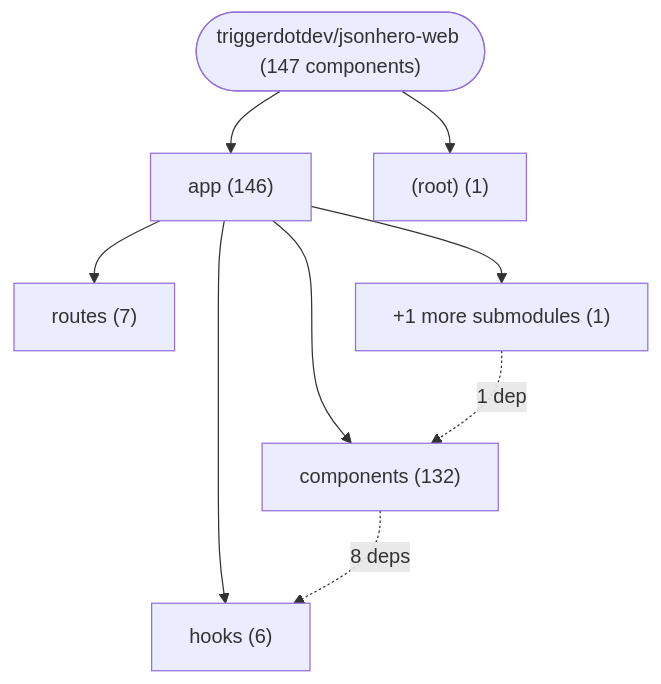
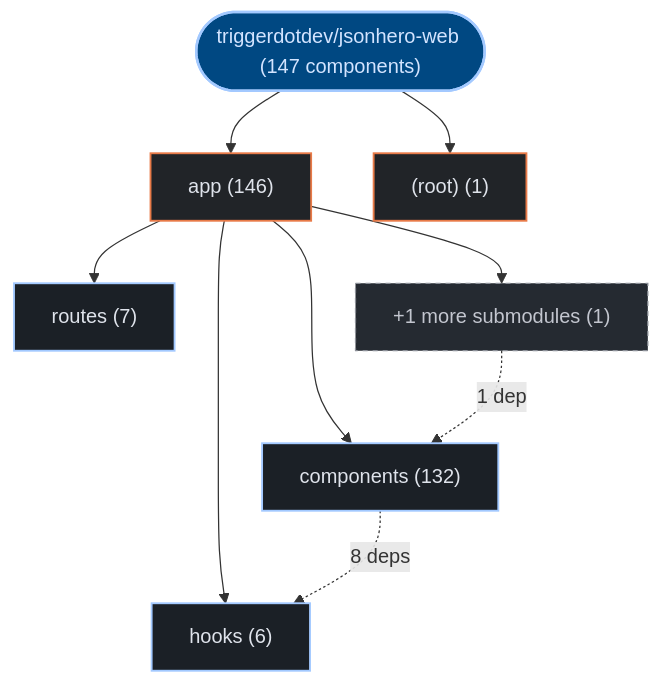
One commit to kumarshaz/atruss-code-atlas changed the first of 3 diagrams in exports/latest/reports/triggerdotdev-jsonhero-web-report.md. Above: the diagram before and after it, drawn with Mermaid. The commit also changed other lines of this file and 331 other files, not shown here.

Commit message:
docs,ui,fix: update SDLC docs, reorder CI/CD DAG first, stylize Mermaid, and fix Arc42 pipeline topology

````diff
--- a/exports/latest/reports/triggerdotdev-jsonhero-web-report.md
+++ b/exports/latest/reports/triggerdotdev-jsonhero-web-report.md
@@ -42,18 +42,25 @@
 ```mermaid
 graph TD;
-    repo_root(["triggerdotdev/jsonhero-web (147 components)"])
-    dir_0_app["app (146)"]
+  classDef atlasRoot fill:#004882,stroke:#a3c9ff,stroke-width:2px,color:#d3e4ff
+  classDef atlasCategory fill:#212428,stroke:#E87A48,stroke-width:1.5px,color:#dfe3eb
+  classDef atlasWorkflow fill:#1b2026,stroke:#a3c9ff,stroke-width:1.5px,color:#dfe3eb
+  classDef atlasJob fill:#171c22,stroke:#8d9199,stroke-width:1px,color:#dfe3eb
+  classDef atlasTarget fill:#005227,stroke:#8bd99b,stroke-width:1.5px,color:#a7f6b6
+  classDef atlasAlert fill:#93000a,stroke:#ffb4ab,stroke-width:1.5px,color:#ffdad6
+  classDef atlasMore fill:#252a31,stroke:#8d9199,stroke-dasharray:4 4,color:#c3c6cf
+    repo_root(["triggerdotdev/jsonhero-web (147 components)"]):::atlasRoot
+    dir_0_app["app (146)"]:::atlasCategory
     repo_root --> dir_0_app
-    sub_0_0_components["components (132)"]
+    sub_0_0_components["components (132)"]:::atlasWorkflow
     dir_0_app --> sub_0_0_components
-    sub_0_1_routes["routes (7)"]
+    sub_0_1_routes["routes (7)"]:::atlasWorkflow
     dir_0_app --> sub_0_1_routes
-    sub_0_2_hooks["hooks (6)"]
+    sub_0_2_hooks["hooks (6)"]:::atlasWorkflow
     dir_0_app --> sub_0_2_hooks
-    sub_0_more["+1 more submodules (1)"]
+    sub_0_more["+1 more submodules (1)"]:::atlasMore
     dir_0_app --> sub_0_more
-    dir_1__root_["(root) (1)"]
+    dir_1__root_["(root) (1)"]:::atlasCategory
     repo_root --> dir_1__root_
     sub_0_0_components -.->|"8 deps"| sub_0_2_hooks
     sub_0_more -.->|"1 dep"| sub_0_0_components
 ```
````
